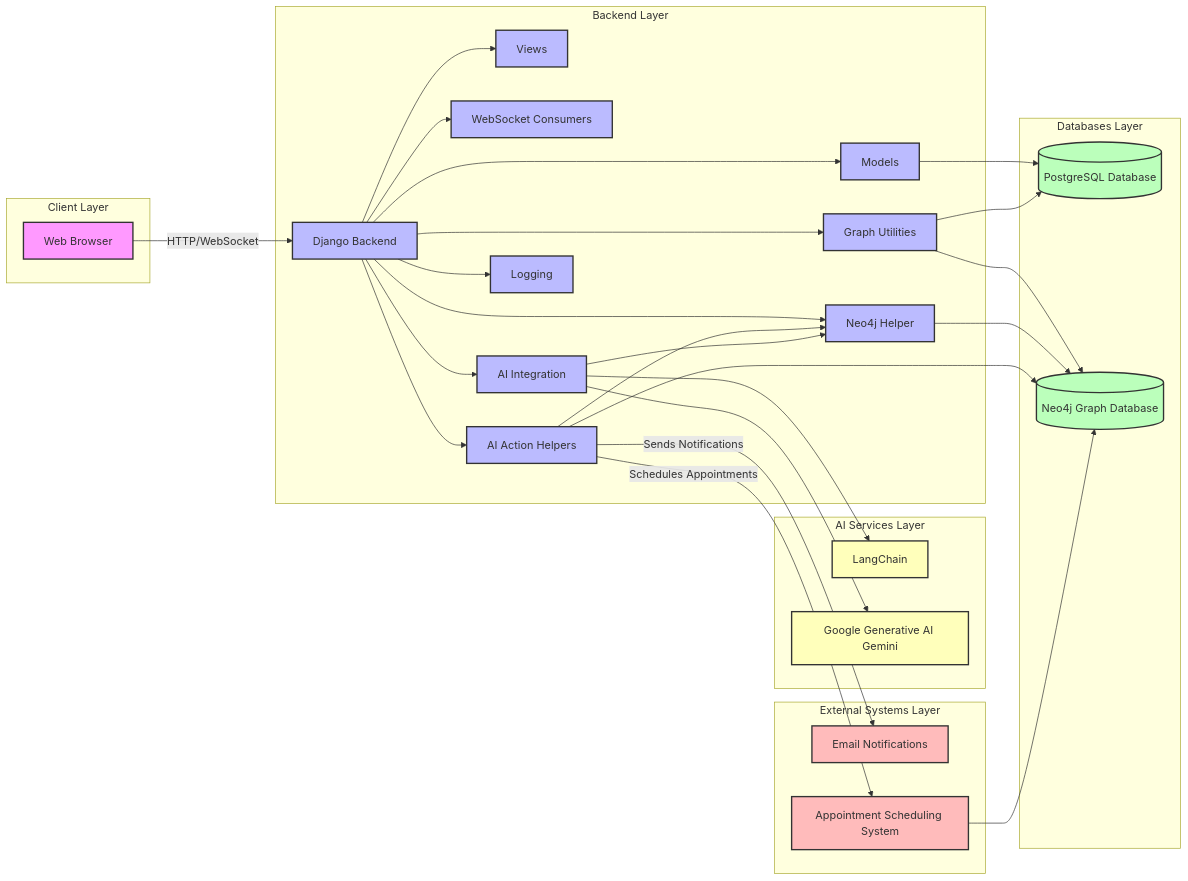
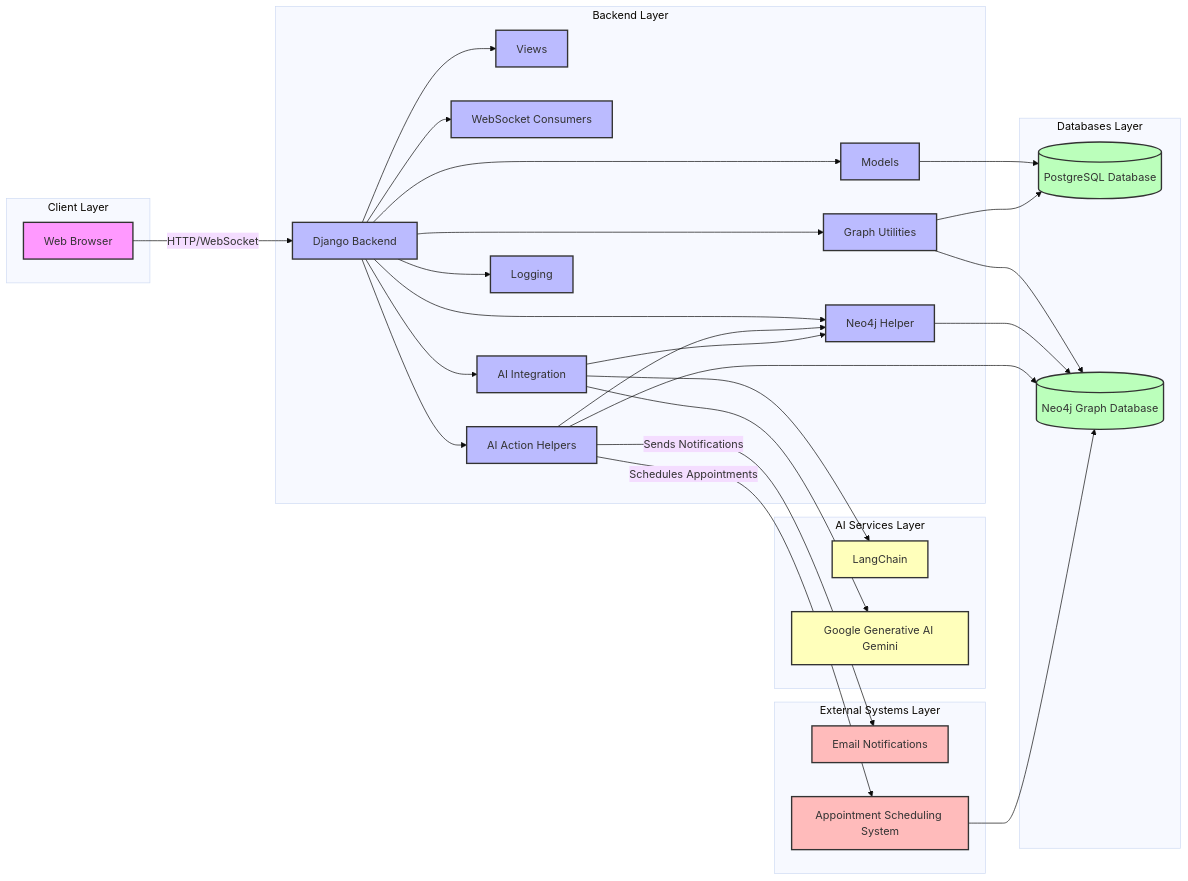
The diagram in README.md (SiddanthEmani/patient_chatbot), drawn with Mermaid before and after one commit.

Commit message:
Changed readme.md theme

````diff
--- a/README.md
+++ b/README.md
@@ -53,5 +53,5 @@
 ```mermaid
-%%{init: {'theme': 'default', 'flowchart': {'curve': 'basis'}}}%%
+%%{init: {'theme': 'base', 'flowchart': {'curve': 'basis'}}}%%
 
 graph LR
 
````
